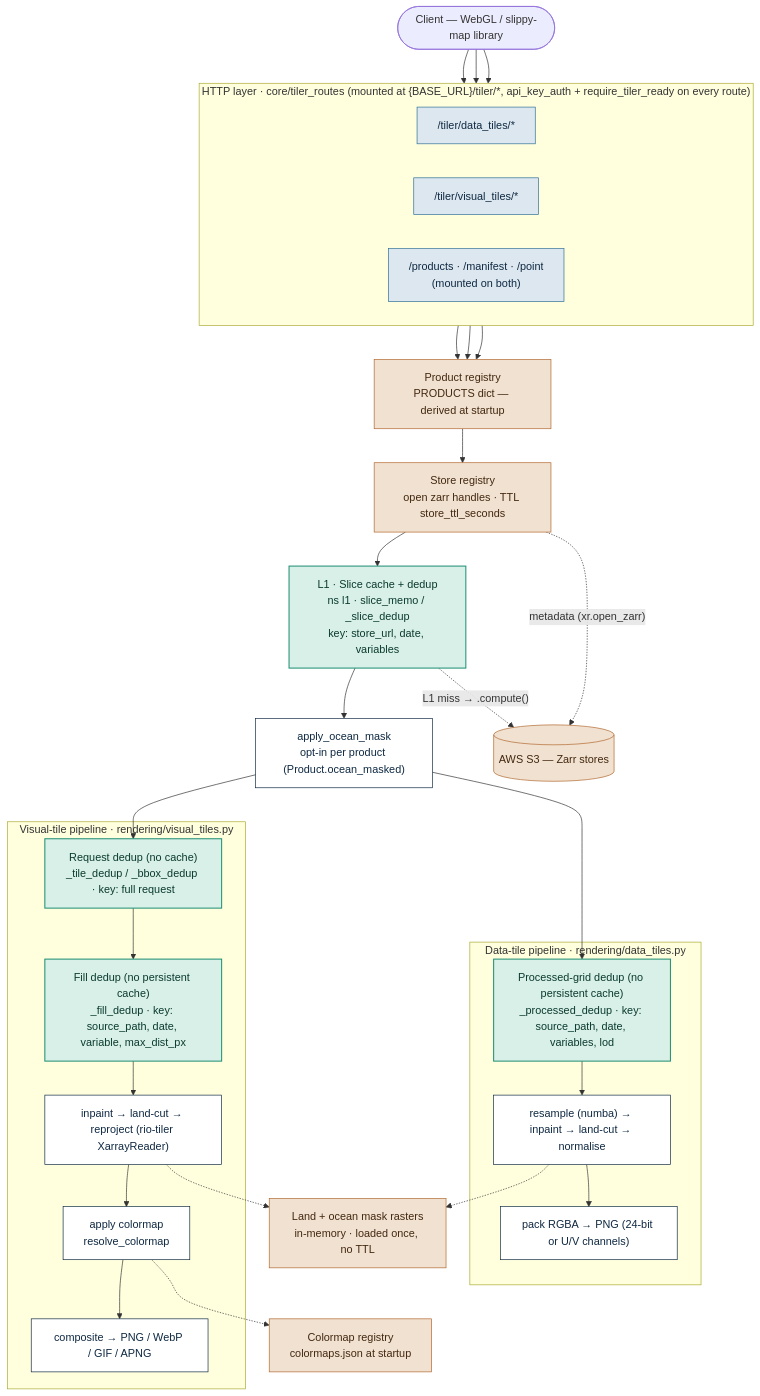
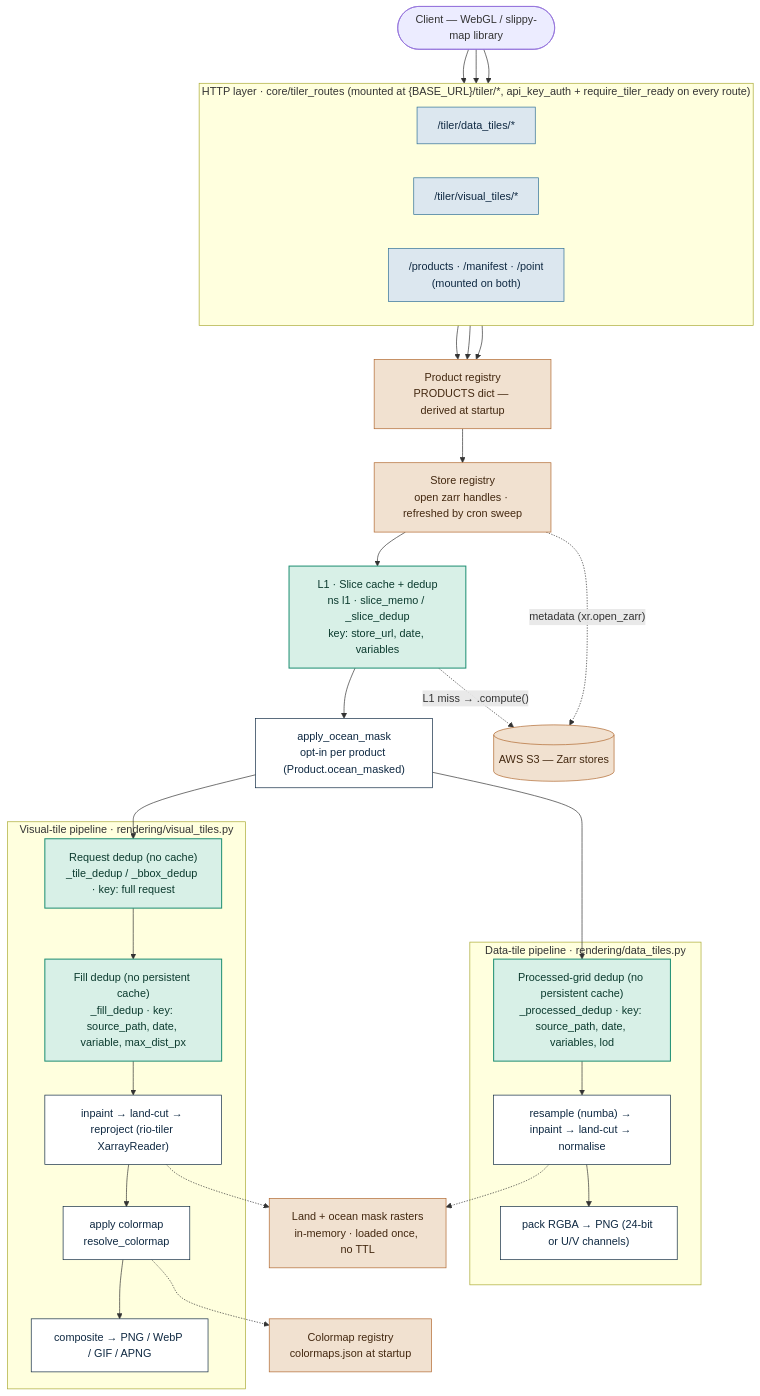
One commit to aodn/data-access-service changed the diagram in data_access_service/tiler/technical.md. Above: the diagram before and after it, drawn with Mermaid. The commit also changed other lines of this file and 12 other files, not shown here.

````diff
--- a/data_access_service/tiler/technical.md
+++ b/data_access_service/tiler/technical.md
@@ -72,67 +72,67 @@
 ```mermaid
 flowchart TD
     client(["Client — WebGL / slippy-map library"])
 
     subgraph ROUTERS["HTTP layer  ·  core/tiler_routes  (mounted at {BASE_URL}/tiler/*, api_key_auth + require_tiler_ready on every route)"]
         direction LR
         dtRouter["/tiler/data_tiles/*"]
         vtRouter["/tiler/visual_tiles/*"]
         prodRouter["/products · /manifest · /point<br/>(mounted on both)"]
     end
 
     client --> dtRouter
     client --> vtRouter
     client --> prodRouter
 
     registry["Product registry<br/>PRODUCTS dict — derived at startup"]
     dtRouter --> registry
     vtRouter --> registry
     prodRouter --> registry
 
-    storeReg["Store registry<br/>open zarr handles · TTL store_ttl_seconds"]
+    storeReg["Store registry<br/>open zarr handles · refreshed by cron sweep"]
     registry --> storeReg
 
     sliceCache["L1 · Slice cache + dedup<br/>ns l1 · slice_memo / _slice_dedup<br/>key: store_url, date, variables"]
     storeReg --> sliceCache
     oceanMask["apply_ocean_mask<br/>opt-in per product (Product.ocean_masked)"]
     sliceCache --> oceanMask
 
     subgraph DT["Data-tile pipeline  ·  rendering/data_tiles.py"]
         dtDedup["Processed-grid dedup (no persistent cache)<br/>_processed_dedup · key: source_path, date, variables, lod"]
         dtCompute["resample (numba) → inpaint → land-cut → normalise"]
         dtPng["pack RGBA → PNG (24-bit or U/V channels)"]
         dtDedup --> dtCompute --> dtPng
     end
     oceanMask --> dtDedup
 
     subgraph VT["Visual-tile pipeline  ·  rendering/visual_tiles.py"]
         vtReqDedup["Request dedup (no cache)<br/>_tile_dedup / _bbox_dedup · key: full request"]
         vtFillDedup["Fill dedup (no persistent cache)<br/>_fill_dedup · key: source_path, date, variable, max_dist_px"]
         vtCompute["inpaint → land-cut → reproject (rio-tiler XarrayReader)"]
         vtColor["apply colormap<br/>resolve_colormap"]
         vtEncode["composite → PNG / WebP / GIF / APNG"]
         vtReqDedup --> vtFillDedup --> vtCompute --> vtColor --> vtEncode
     end
     oceanMask --> vtReqDedup
 
     landMask["Land + ocean mask rasters<br/>in-memory · loaded once, no TTL"]
     dtCompute -.-> landMask
     vtCompute -.-> landMask
 
     colormapReg["Colormap registry<br/>colormaps.json at startup"]
     vtColor -.-> colormapReg
 
     s3[("AWS S3 — Zarr stores")]
     storeReg -. "metadata (xr.open_zarr)" .-> s3
     sliceCache -. "L1 miss → .compute()" .-> s3
 
     classDef router fill:#DCE7EF,stroke:#2E6E96,color:#0F2942,stroke-width:1px;
     classDef staticNode fill:#F1E1D0,stroke:#B0672E,color:#432810,stroke-width:1px;
     classDef cacheNode fill:#D8F0E7,stroke:#1F8F73,color:#0B3A2E,stroke-width:1.5px;
     classDef processNode fill:#FFFFFF,stroke:#0F2942,color:#0F2942,stroke-width:1px;
 
     class dtRouter,vtRouter,prodRouter router
     class registry,storeReg,landMask,colormapReg,s3 staticNode
     class sliceCache,dtDedup,vtFillDedup,vtReqDedup cacheNode
     class oceanMask,dtCompute,dtPng,vtCompute,vtColor,vtEncode processNode
 ```
````
